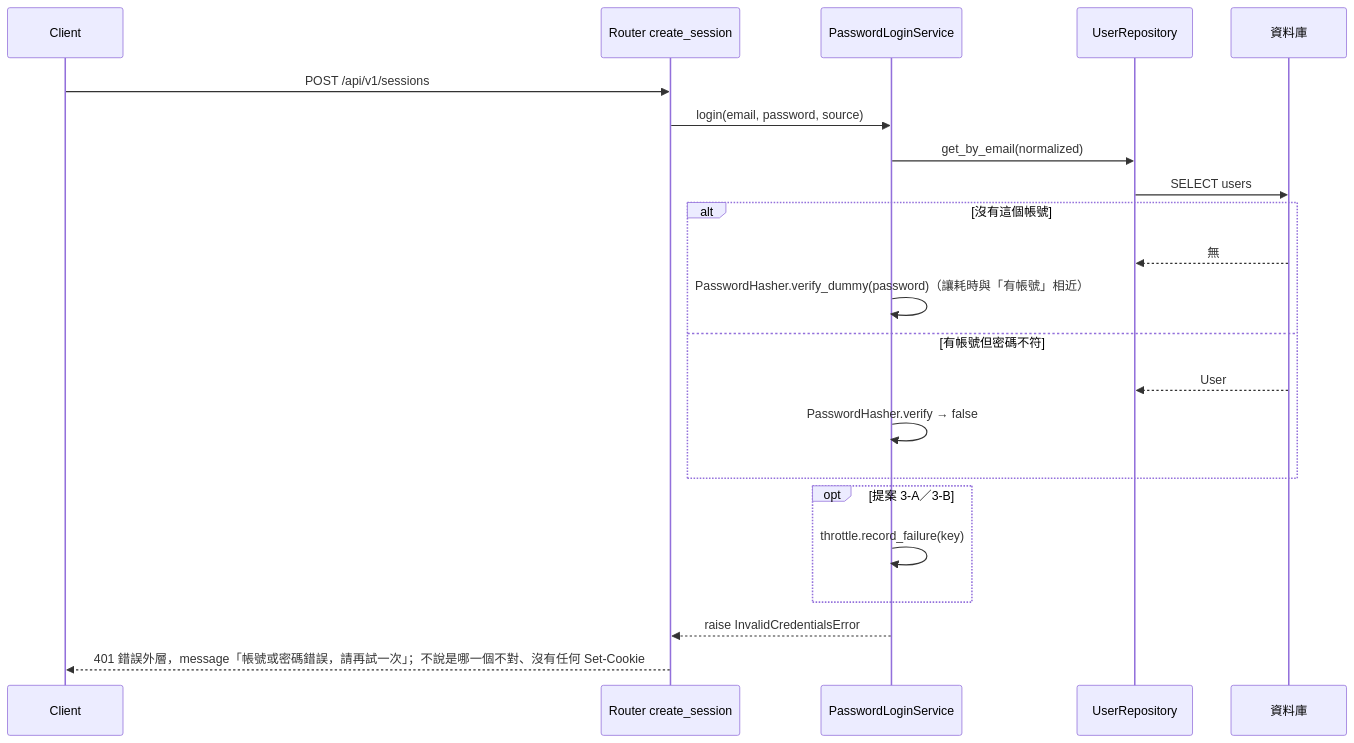
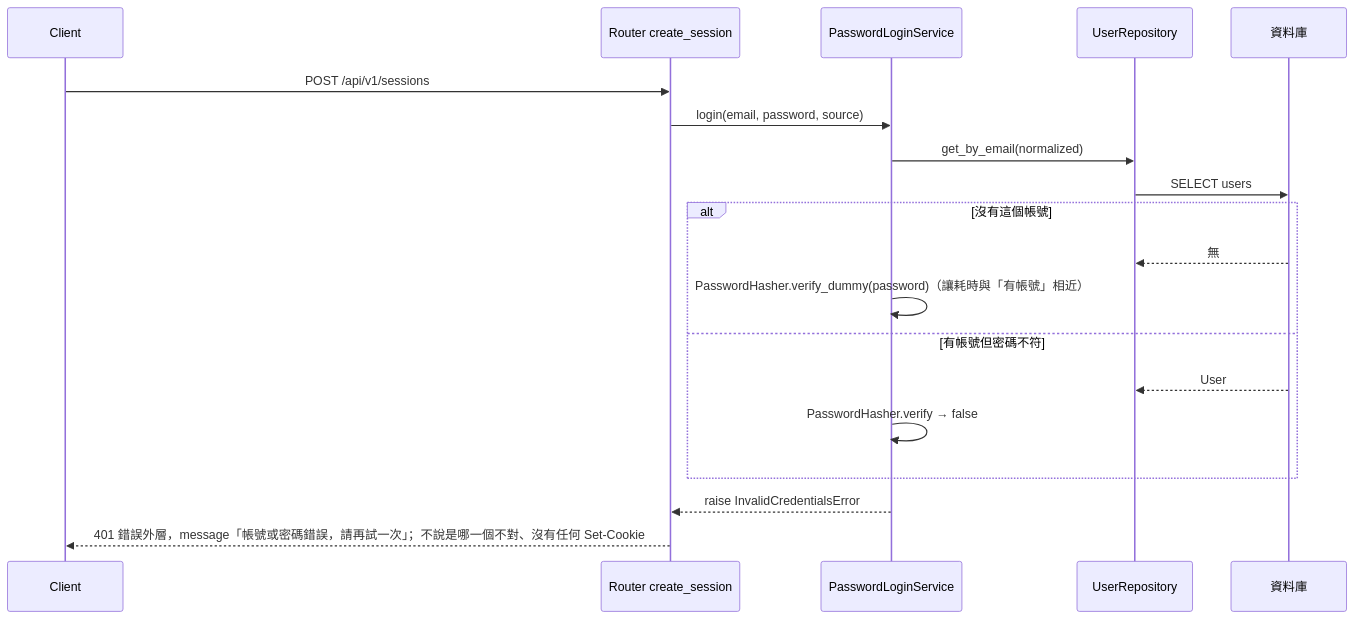
Before and after one commit to label-suite/label-suite: the fifth of 32 diagrams in openspec/changes/login-auth-guard/system-design.md, drawn with Mermaid. The commit also changed other lines of this file and 9 other files, not shown here.

````diff
--- a/openspec/changes/login-auth-guard/system-design.md
+++ b/openspec/changes/login-auth-guard/system-design.md
@@ -399,24 +446,21 @@
 ```mermaid
 sequenceDiagram
   participant C as Client
   participant R as Router create_session
   participant L as PasswordLoginService
   participant U as UserRepository
   participant DB as 資料庫
   C->>R: POST /api/v1/sessions
   R->>L: login(email, password, source)
   L->>U: get_by_email(normalized)
   U->>DB: SELECT users
   alt 沒有這個帳號
     DB-->>U: 無
     L->>L: PasswordHasher.verify_dummy(password)（讓耗時與「有帳號」相近）
   else 有帳號但密碼不符
     DB-->>U: User
     L->>L: PasswordHasher.verify → false
   end
-  opt 提案 3-A／3-B
-    L->>L: throttle.record_failure(key)
-  end
   L-->>R: raise InvalidCredentialsError
   R-->>C: 401 錯誤外層，message「帳號或密碼錯誤，請再試一次」；不說是哪一個不對、沒有任何 Set-Cookie
 ```
````
